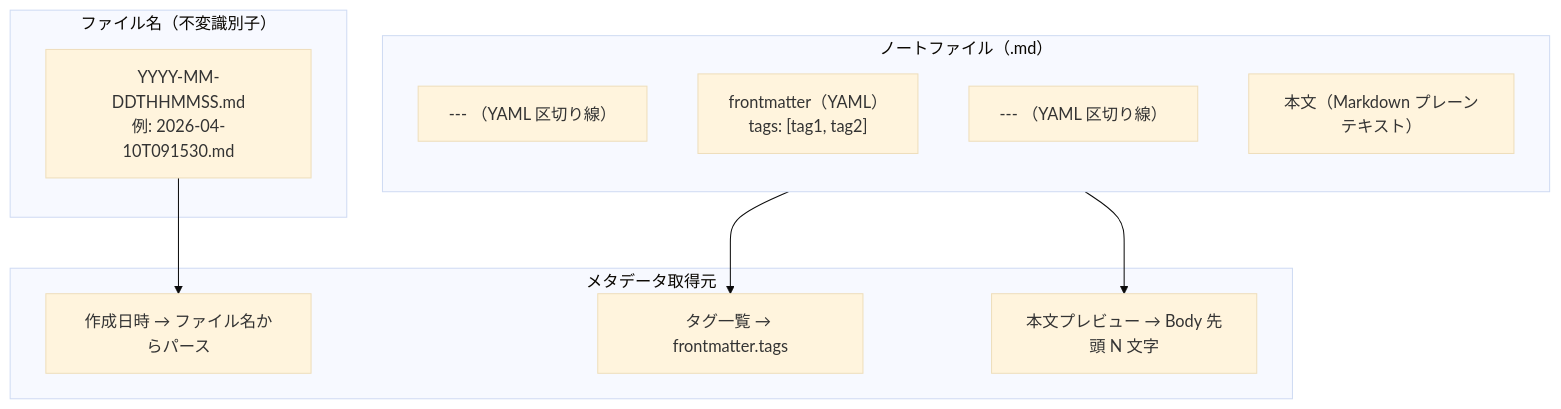
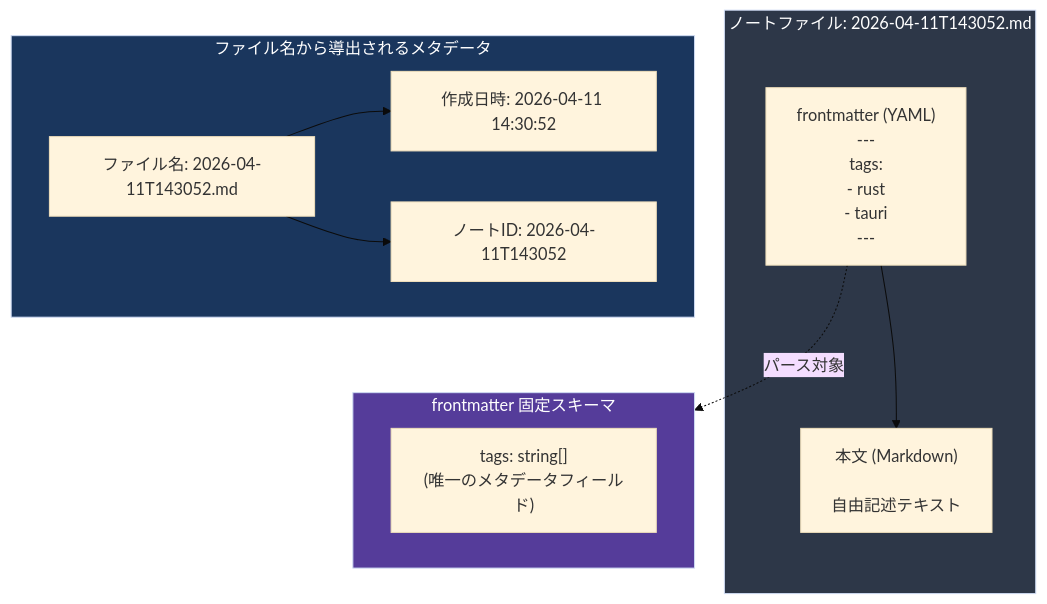
Before and after one commit to dev-komenzar/prompt-notes: the first of 3 diagrams in docs/detailed_design/storage_fileformat_design.md, drawn with Mermaid (base theme). The commit also changed other lines of this file and 7 other files, not shown here.

````diff
--- a/docs/detailed_design/storage_fileformat_design.md
+++ b/docs/detailed_design/storage_fileformat_design.md
@@ -60,24 +59,26 @@
 ```mermaid
 graph TD
-    subgraph "ノートファイル（.md）"
-        direction TB
-        Sep1["--- （YAML 区切り線）"]
-        FM["frontmatter（YAML）<br/>tags: [tag1, tag2]"]
-        Sep2["--- （YAML 区切り線）"]
-        Body["本文（Markdown プレーンテキスト）"]
+    subgraph NoteFile["ノートファイル: 2026-04-11T143052.md"]
+        FM["frontmatter (YAML)<br/>---<br/>tags:<br/>  - rust<br/>  - tauri<br/>---"]
+        Body["本文 (Markdown)<br/><br/>自由記述テキスト"]
+        FM --> Body
     end
 
-    subgraph "ファイル名（不変識別子）"
-        FN["YYYY-MM-DDTHHMMSS.md<br/>例: 2026-04-10T091530.md"]
+    subgraph Derived["ファイル名から導出されるメタデータ"]
+        Filename["ファイル名: 2026-04-11T143052.md"]
+        CreatedAt["作成日時: 2026-04-11 14:30:52"]
+        NoteID["ノートID: 2026-04-11T143052"]
+        Filename --> CreatedAt
+        Filename --> NoteID
     end
 
-    subgraph "メタデータ取得元"
-        CreatedAt["作成日時 → ファイル名からパース"]
-        Tags["タグ一覧 → frontmatter.tags"]
-        Preview["本文プレビュー → Body 先頭 N 文字"]
+    subgraph FrontmatterSchema["frontmatter 固定スキーマ"]
+        TagsField["tags: string[]<br/>(唯一のメタデータフィールド)"]
     end
 
-    FN --> CreatedAt
-    FM --> Tags
-    Body --> Preview
+    FM -.->|"パース対象"| FrontmatterSchema
+
+    style NoteFile fill:#2d3748,color:#fff
+    style Derived fill:#1a365d,color:#fff
+    style FrontmatterSchema fill:#553c9a,color:#fff
 ```
````
